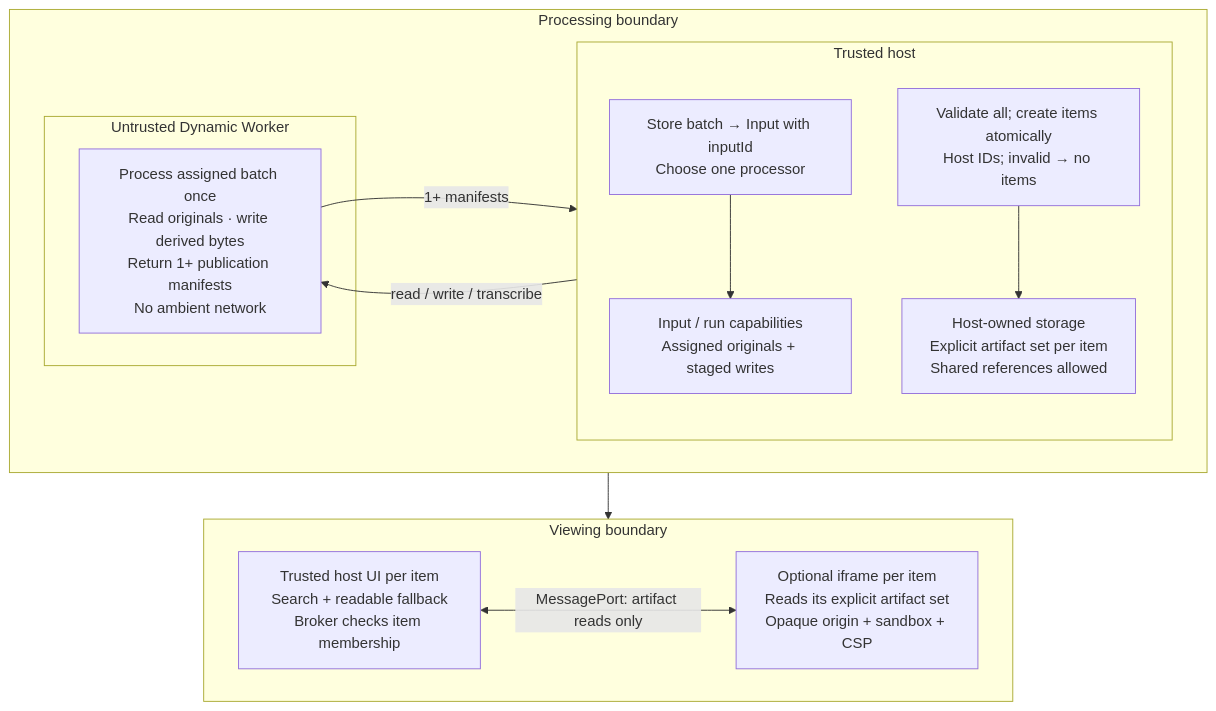
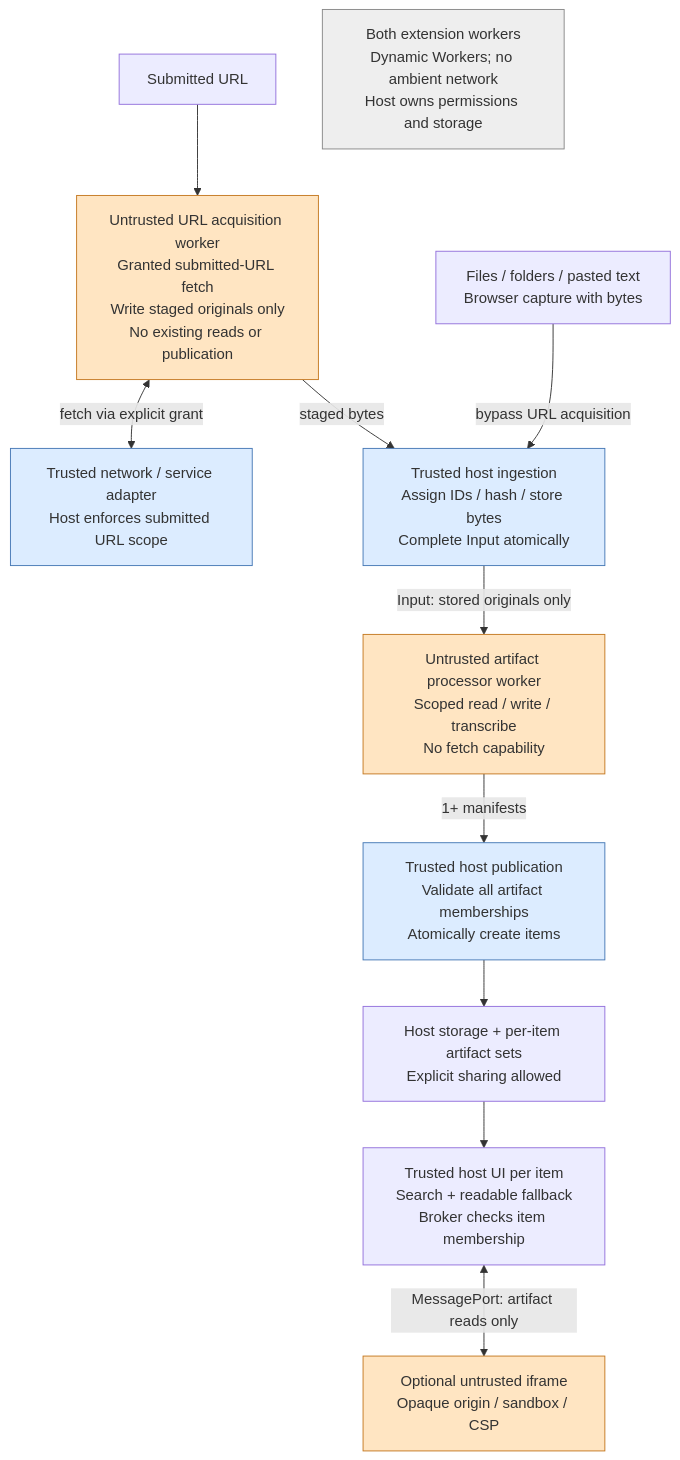
Before and after one commit to jmorrell/ubiquitous-carnival: the diagram in docs/diagrams/authority-boundaries.mmd, drawn with Mermaid. The commit also changed 24 other files, not shown here.

Commit message:
Separate URL acquisition from artifact processing

```diff
--- a/docs/diagrams/authority-boundaries.mmd
+++ b/docs/diagrams/authority-boundaries.mmd
@@ -1,25 +1,18 @@
 flowchart TB
-  subgraph BACK[Processing boundary]
-    direction LR
-    subgraph HOST[Trusted host]
-      direction TB
-      A[Store batch → Input with inputId<br/>Choose one processor]
-      C[Input / run capabilities<br/>Assigned originals + staged writes]
-      V[Validate all; create items atomically<br/>Host IDs; invalid → no items]
-      S[Host-owned storage<br/>Explicit artifact set per item<br/>Shared references allowed]
-      A --> C
-      V --> S
-    end
-    subgraph WORKER[Untrusted Dynamic Worker]
-      P[Process assigned batch once<br/>Read originals · write derived bytes<br/>Return 1+ publication manifests<br/>No ambient network]
-    end
-    C -->|read / write / transcribe| P
-    P -->|1+ manifests| V
-  end
-  subgraph FRONT[Viewing boundary]
-    direction LR
-    U[Trusted host UI per item<br/>Search + readable fallback<br/>Broker checks item membership]
-    I[Optional iframe per item<br/>Reads its explicit artifact set<br/>Opaque origin + sandbox + CSP]
-    U <-->|MessagePort: artifact reads only| I
-  end
-  S --> U
+  U[Submitted URL] --> A[Untrusted URL acquisition worker<br/>Granted submitted-URL fetch<br/>Write staged originals only<br/>No existing reads or publication]
+  A <-->|fetch via explicit grant| N[Trusted network / service adapter<br/>Host enforces submitted URL scope]
+  A -->|staged bytes| H[Trusted host ingestion<br/>Assign IDs / hash / store bytes<br/>Complete Input atomically]
+  B[Files / folders / pasted text<br/>Browser capture with bytes] -->|bypass URL acquisition| H
+  H -->|Input: stored originals only| P[Untrusted artifact processor worker<br/>Scoped read / write / transcribe<br/>No fetch capability]
+  P -->|1+ manifests| V[Trusted host publication<br/>Validate all artifact memberships<br/>Atomically create items]
+  V --> S[Host storage + per-item artifact sets<br/>Explicit sharing allowed]
+  S --> UI[Trusted host UI per item<br/>Search + readable fallback<br/>Broker checks item membership]
+  UI <-->|MessagePort: artifact reads only| F[Optional untrusted iframe<br/>Opaque origin / sandbox / CSP]
+  W[Both extension workers<br/>Dynamic Workers; no ambient network<br/>Host owns permissions and storage]
+  style A fill:#ffe5c2,stroke:#c47820
+  style P fill:#ffe5c2,stroke:#c47820
+  style F fill:#ffe5c2,stroke:#c47820
+  style H fill:#dcecff,stroke:#4678b5
+  style N fill:#dcecff,stroke:#4678b5
+  style V fill:#dcecff,stroke:#4678b5
+  style W fill:#eeeeee,stroke:#888888
```
